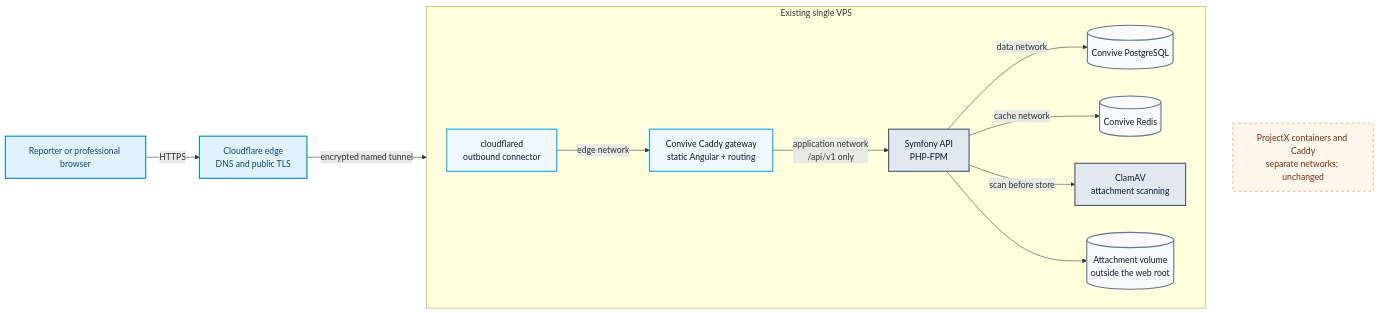
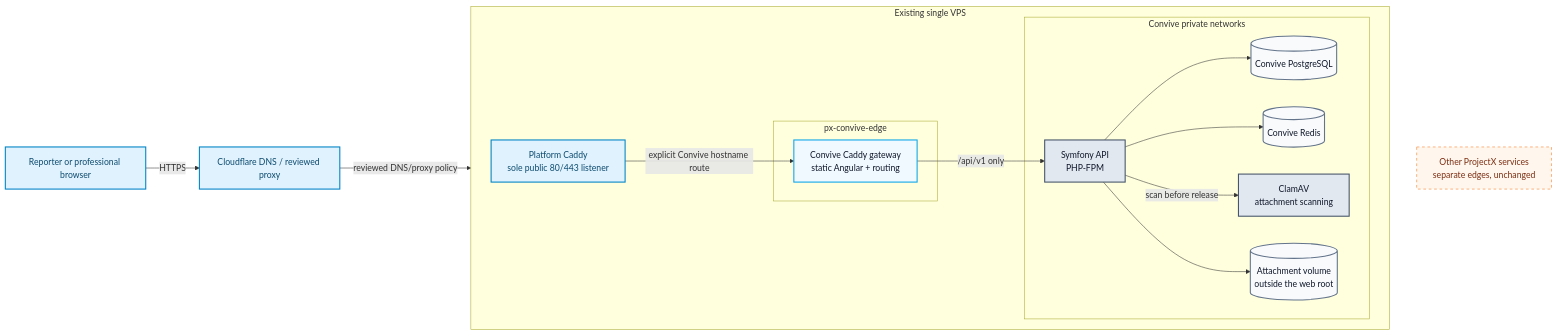
The diagram in docs/architecture/diagrams/single-vps-deployment.md (albertogalvez-dev/Convive), drawn with Mermaid before and after one commit. The commit also changed other lines of this file and 20 other files, not shown here.

Commit message:
feat(platform): use the shared Caddy ingress boundary

````diff
--- a/docs/architecture/diagrams/single-vps-deployment.md
+++ b/docs/architecture/diagrams/single-vps-deployment.md
@@ -15,41 +12,46 @@
 ```mermaid
 flowchart LR
     browser["Reporter or professional browser"]
-    cf["Cloudflare edge<br/>DNS and public TLS"]
+    cloudflare["Cloudflare DNS / reviewed proxy"]
 
     subgraph vps["Existing single VPS"]
         direction LR
-        tunnel["cloudflared<br/>outbound connector"]
-        gateway["Convive Caddy gateway<br/>static Angular + routing"]
-        api["Symfony API<br/>PHP-FPM"]
-        db[("Convive PostgreSQL")]
-        redis[("Convive Redis")]
-        clamav["ClamAV<br/>attachment scanning"]
-        attachments[("Attachment volume<br/>outside the web root")]
+        caddy["Platform Caddy<br/>sole public 80/443 listener"]
 
-        tunnel -->|"edge network"| gateway
-        gateway -->|"application network<br/>/api/v1 only"| api
-        api -->|"data network"| db
-        api -->|"cache network"| redis
-        api -->|"scan before store"| clamav
+        subgraph edge["px-convive-edge"]
+            gateway["Convive Caddy gateway<br/>static Angular + routing"]
+        end
+
+        subgraph internal["Convive private networks"]
+            api["Symfony API<br/>PHP-FPM"]
+            db[("Convive PostgreSQL")]
+            redis[("Convive Redis")]
+            clamav["ClamAV<br/>attachment scanning"]
+            attachments[("Attachment volume<br/>outside the web root")]
+        end
+
+        caddy -->|"explicit Convive hostname route"| gateway
+        gateway -->|"/api/v1 only"| api
+        api --> db
+        api --> redis
+        api -->|"scan before release"| clamav
         api --> attachments
     end
 
-    browser -->|"HTTPS"| cf
-    cf -->|"encrypted named tunnel"| tunnel
+    browser -->|"HTTPS"| cloudflare
+    cloudflare -->|"reviewed DNS/proxy policy"| caddy
 
-    projectx["ProjectX containers and Caddy<br/>separate networks; unchanged"]
+    projectx["Other ProjectX services<br/>separate edges, unchanged"]
     vps ~~~ projectx
 
     classDef public fill:#E0F2FE,stroke:#0284C7,color:#0C4A6E,stroke-width:2px
     classDef edge fill:#F0F9FF,stroke:#0EA5E9,color:#0F172A,stroke-width:2px
     classDef app fill:#E2E8F0,stroke:#475569,color:#0F172A,stroke-width:2px
     classDef data fill:#F8FAFC,stroke:#64748B,color:#0F172A,stroke-width:2px
     classDef unrelated fill:#FFF7ED,stroke:#F97316,color:#7C2D12,stroke-dasharray:5 5
-    class browser,cf public
-    class tunnel,gateway edge
-    class api app
+    class browser,cloudflare,caddy public
+    class gateway edge
+    class api,clamav app
     class db,redis,attachments data
-    class clamav app
     class projectx unrelated
 ```
````
